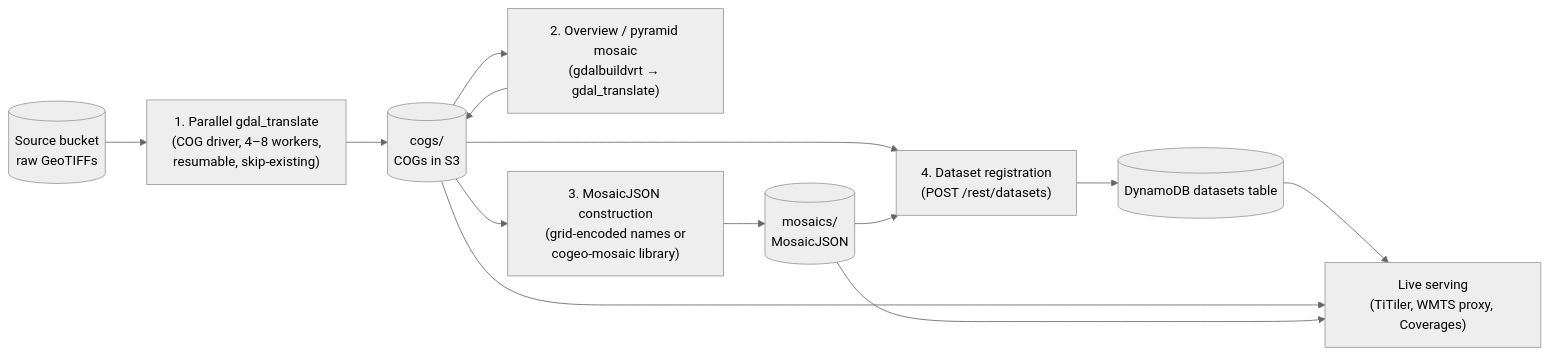
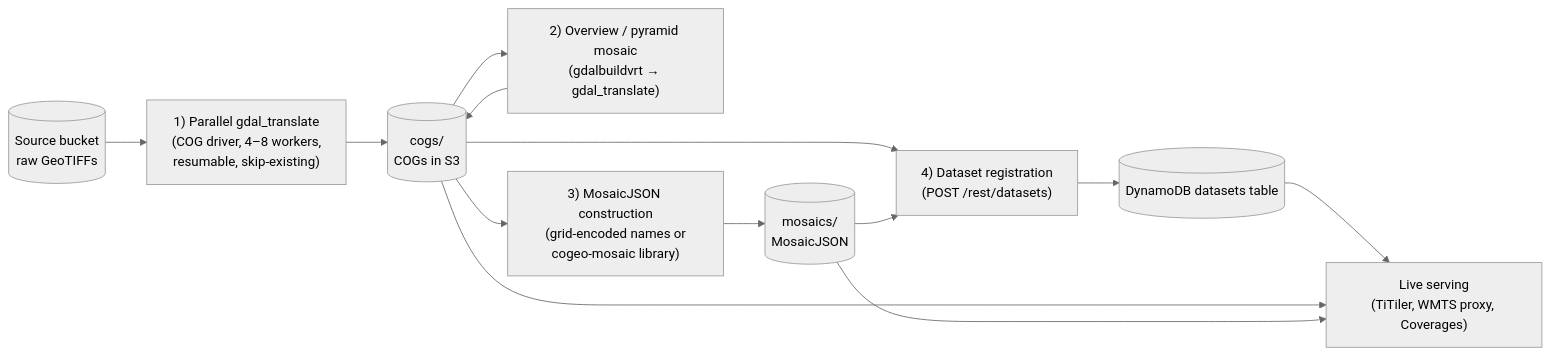
One commit to ericrmc/cloud-native-geospatial-design changed the third of 3 diagrams in content/08_RASTER_SERVICES.md. Above: the diagram before and after it, drawn with Mermaid (neutral theme). The commit also changed 1 other file, not shown here.

Commit message:
Avoid mermaid 'Unsupported markdown: list' by using N) not N. in node labels

````diff
--- a/content/08_RASTER_SERVICES.md
+++ b/content/08_RASTER_SERVICES.md
@@ -273,14 +273,14 @@
 ```mermaid
 flowchart LR
-    SRC[("Source bucket<br/>raw GeoTIFFs")] --> P1["1. Parallel gdal_translate<br/>(COG driver, 4–8 workers,<br/>resumable, skip-existing)"]
+    SRC[("Source bucket<br/>raw GeoTIFFs")] --> P1["1) Parallel gdal_translate<br/>(COG driver, 4–8 workers,<br/>resumable, skip-existing)"]
     P1 --> S3C[("cogs/<br/>COGs in S3")]
-    S3C --> P2["2. Overview / pyramid mosaic<br/>(gdalbuildvrt → gdal_translate)"]
+    S3C --> P2["2) Overview / pyramid mosaic<br/>(gdalbuildvrt → gdal_translate)"]
     P2 --> S3C
-    S3C --> P3["3. MosaicJSON construction<br/>(grid-encoded names or<br/>cogeo-mosaic library)"]
+    S3C --> P3["3) MosaicJSON construction<br/>(grid-encoded names or<br/>cogeo-mosaic library)"]
     P3 --> S3M[("mosaics/<br/>MosaicJSON")]
-    S3C & S3M --> P4["4. Dataset registration<br/>(POST /rest/datasets)"]
+    S3C & S3M --> P4["4) Dataset registration<br/>(POST /rest/datasets)"]
     P4 --> DDB[(DynamoDB datasets table)]
     DDB --> SERVE["Live serving<br/>(TiTiler, WMTS proxy, Coverages)"]
     S3C --> SERVE
     S3M --> SERVE
 ```
````
